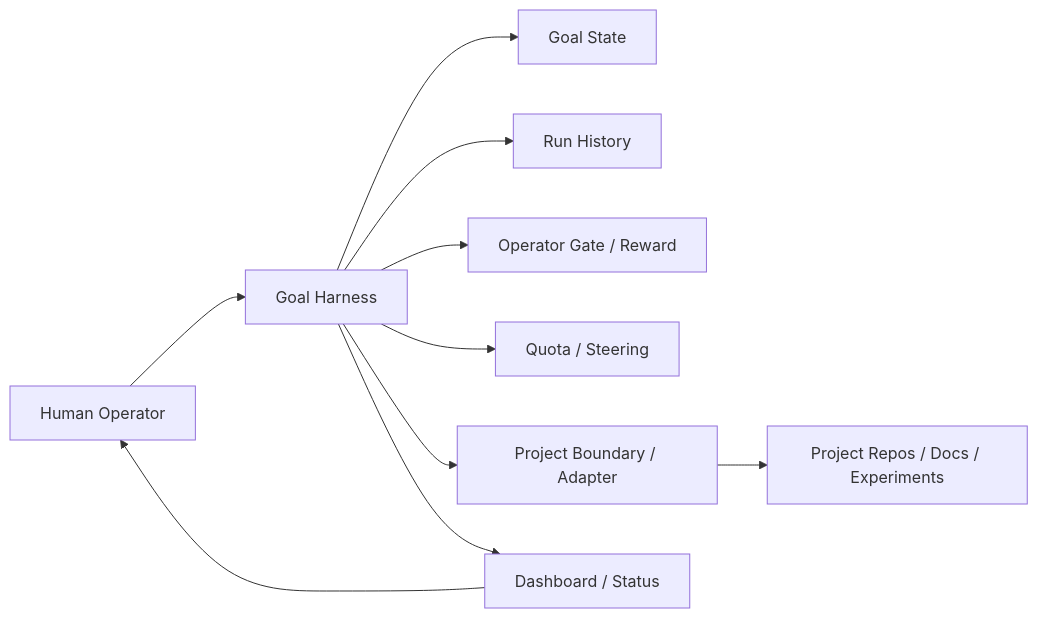
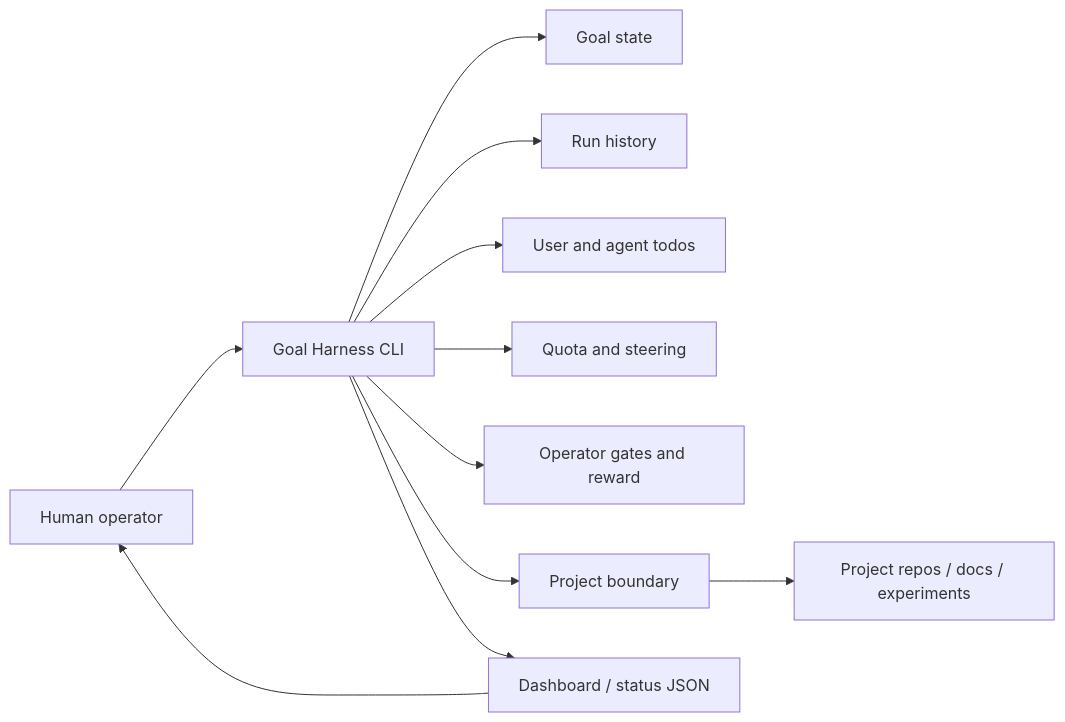
Before and after one commit to huangruiteng/goal-harness: the diagram in README.md, drawn with Mermaid. The commit also changed other lines of this file, not shown here.

````diff
--- a/README.md
+++ b/README.md
@@ -38,12 +35,13 @@
 ```mermaid
 flowchart LR
-  H["Human Operator"] --> G["Goal Harness"]
-  G --> S["Goal State"]
-  G --> R["Run History"]
-  G --> O["Operator Gate / Reward"]
-  G --> Q["Quota / Steering"]
-  G --> A["Project Boundary / Adapter"]
-  A --> P["Project Repos / Docs / Experiments"]
-  G --> D["Dashboard / Status"]
+  H["Human operator"] --> GH["Goal Harness CLI"]
+  GH --> S["Goal state"]
+  GH --> R["Run history"]
+  GH --> T["User and agent todos"]
+  GH --> Q["Quota and steering"]
+  GH --> G["Operator gates and reward"]
+  GH --> B["Project boundary"]
+  GH --> D["Dashboard / status JSON"]
+  B --> P["Project repos / docs / experiments"]
   D --> H
 ```
````
